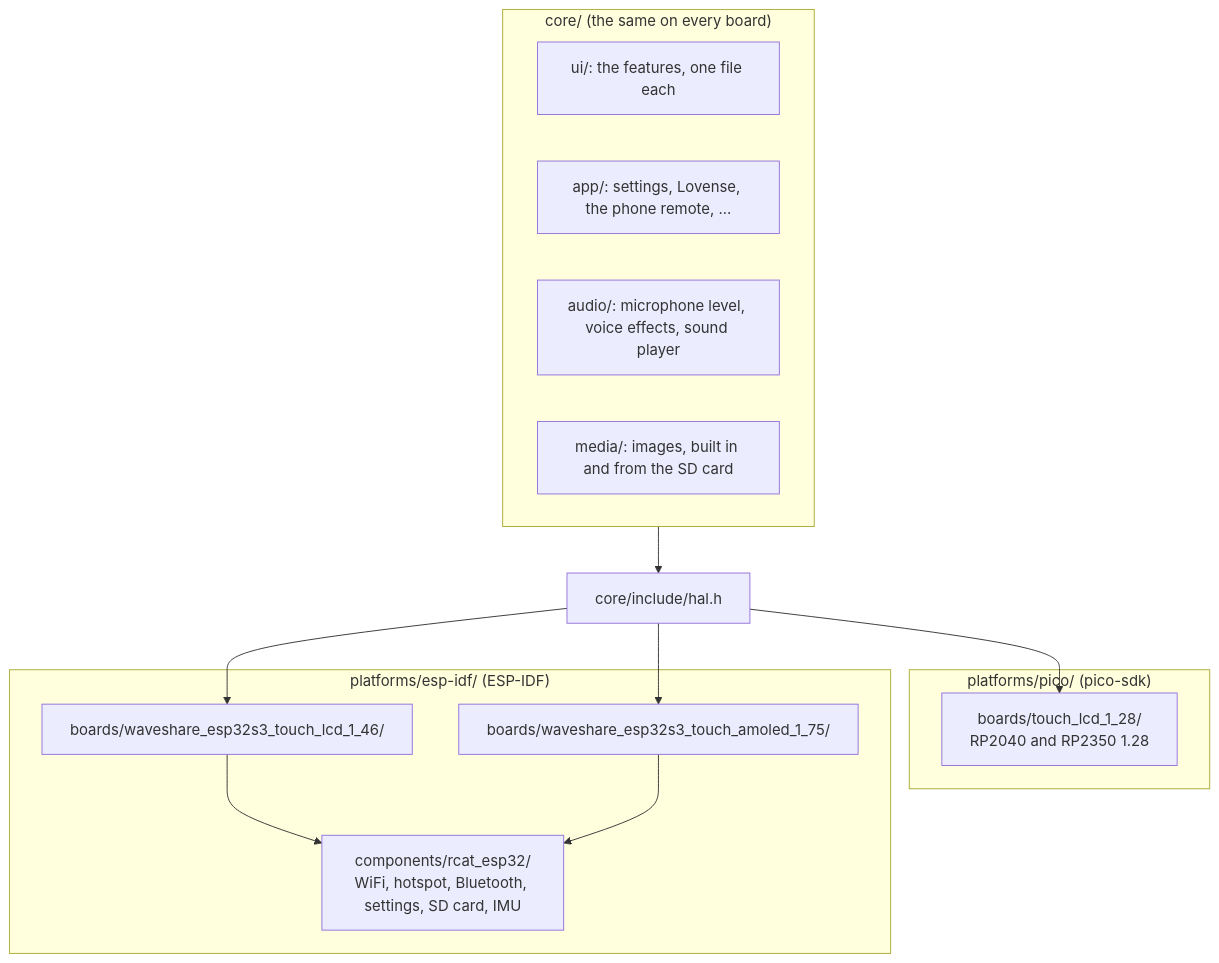
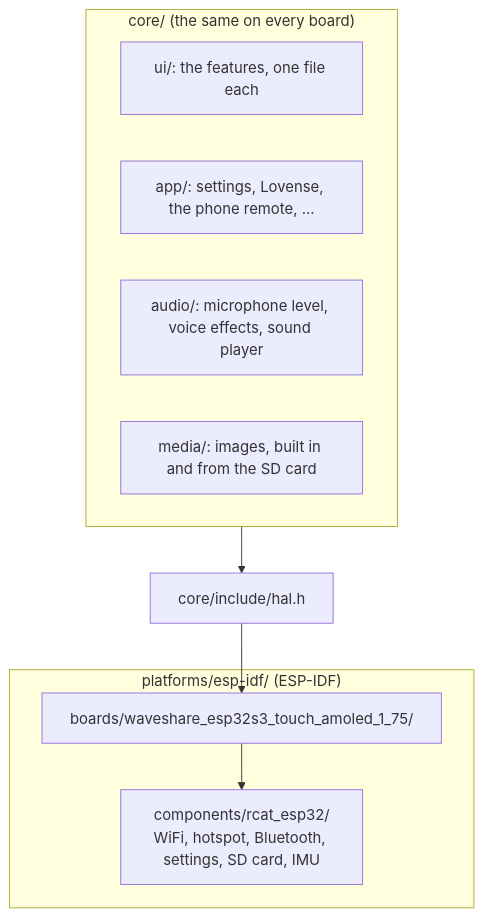
The diagram in docs/development/README.md (rcat3/DroneLab), drawn with Mermaid before and after one commit. The commit also changed other lines of this file and 50 other files, not shown here.

````diff
--- a/docs/development/README.md
+++ b/docs/development/README.md
@@ -15,24 +15,17 @@
 ```mermaid
 flowchart TB
     subgraph core["core/ (the same on every board)"]
         ui["ui/: the features, one file each"]
         app["app/: settings, Lovense, the phone remote, ..."]
         audio["audio/: microphone level, voice effects, sound player"]
         media["media/: images, built in and from the SD card"]
     end
     hal["core/include/hal.h"]
-    subgraph pico["platforms/pico/ (pico-sdk)"]
-        p128["boards/touch_lcd_1_28/<br>RP2040 and RP2350 1.28"]
-    end
     subgraph esp["platforms/esp-idf/ (ESP-IDF)"]
         shared["components/rcat_esp32/<br>WiFi, hotspot, Bluetooth, settings, SD card, IMU"]
-        b146["boards/waveshare_esp32s3_touch_lcd_1_46/"]
         b175["boards/waveshare_esp32s3_touch_amoled_1_75/"]
     end
     core --> hal
-    hal --> p128
-    hal --> b146
     hal --> b175
-    b146 --> shared
     b175 --> shared
 ```
````
